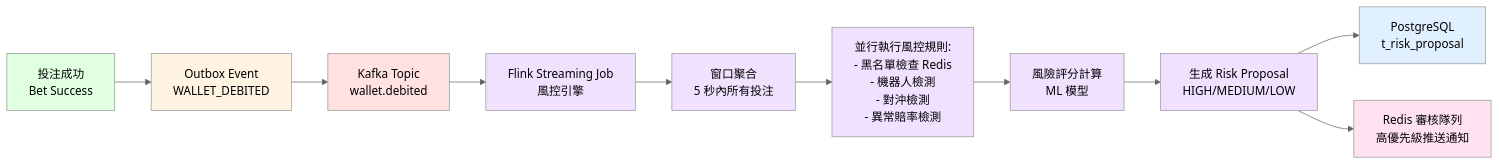
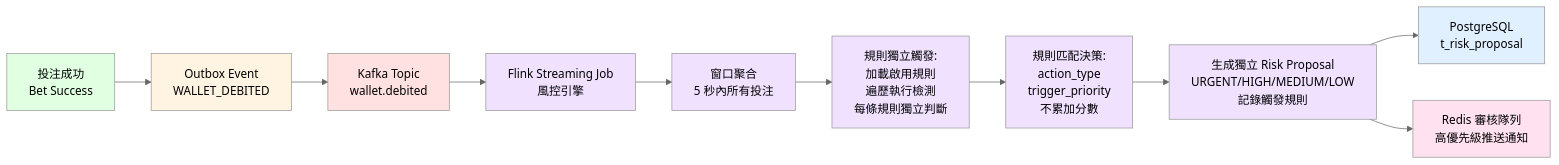
Before and after one commit to ron03wlb/smart-admin: the diagram in docs/iGaming/風控系統架構.md, drawn with Mermaid (neutral theme). The commit also changed other lines of this file and 12 other files, not shown here.

Commit message:
docs(iGaming): update risk control, architecture docs and add validation scripts

````diff
--- a/docs/iGaming/風控系統架構.md
+++ b/docs/iGaming/風控系統架構.md
@@ -102,25 +102,25 @@
 ```mermaid
 graph LR
     A[投注成功<br/>Bet Success] --> B[Outbox Event<br/>WALLET_DEBITED]
     B --> C[Kafka Topic<br/>wallet.debited]
     C --> D[Flink Streaming Job<br/>風控引擎]
 
     D --> D1[窗口聚合<br/>5 秒內所有投注]
-    D1 --> D2[並行執行風控規則:<br/>- 黑名單檢查 Redis<br/>- 機器人檢測<br/>- 對沖檢測<br/>- 異常賠率檢測]
-    D2 --> D3[風險評分計算<br/>ML 模型]
-    D3 --> D4[生成 Risk Proposal<br/>HIGH/MEDIUM/LOW]
+    D1 --> D2[規則獨立觸發:<br/>加載啟用規則<br/>遍歷執行檢測<br/>每條規則獨立判斷]
+    D2 --> D3[規則匹配決策:<br/>action_type<br/>trigger_priority<br/>不累加分數]
+    D3 --> D4[生成獨立 Risk Proposal<br/>URGENT/HIGH/MEDIUM/LOW<br/>記錄觸發規則]
 
     D4 --> E[PostgreSQL<br/>t_risk_proposal]
     D4 --> F[Redis 審核隊列<br/>高優先級推送通知]
 
     style A fill:#e1ffe1
     style B fill:#fff4e1
     style C fill:#ffe1e1
     style D fill:#f0e1ff
     style D1 fill:#f0e1ff
     style D2 fill:#f0e1ff
     style D3 fill:#f0e1ff
     style D4 fill:#f0e1ff
     style E fill:#e1f0ff
     style F fill:#ffe1f0
 ```
````
